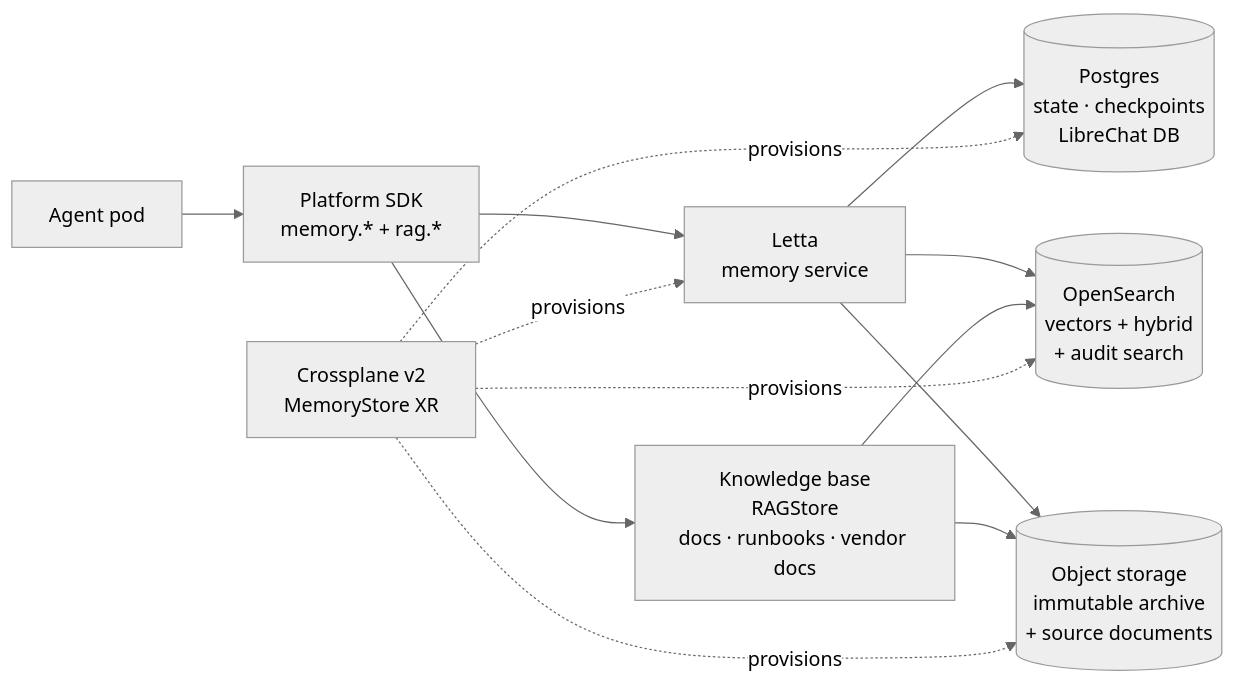
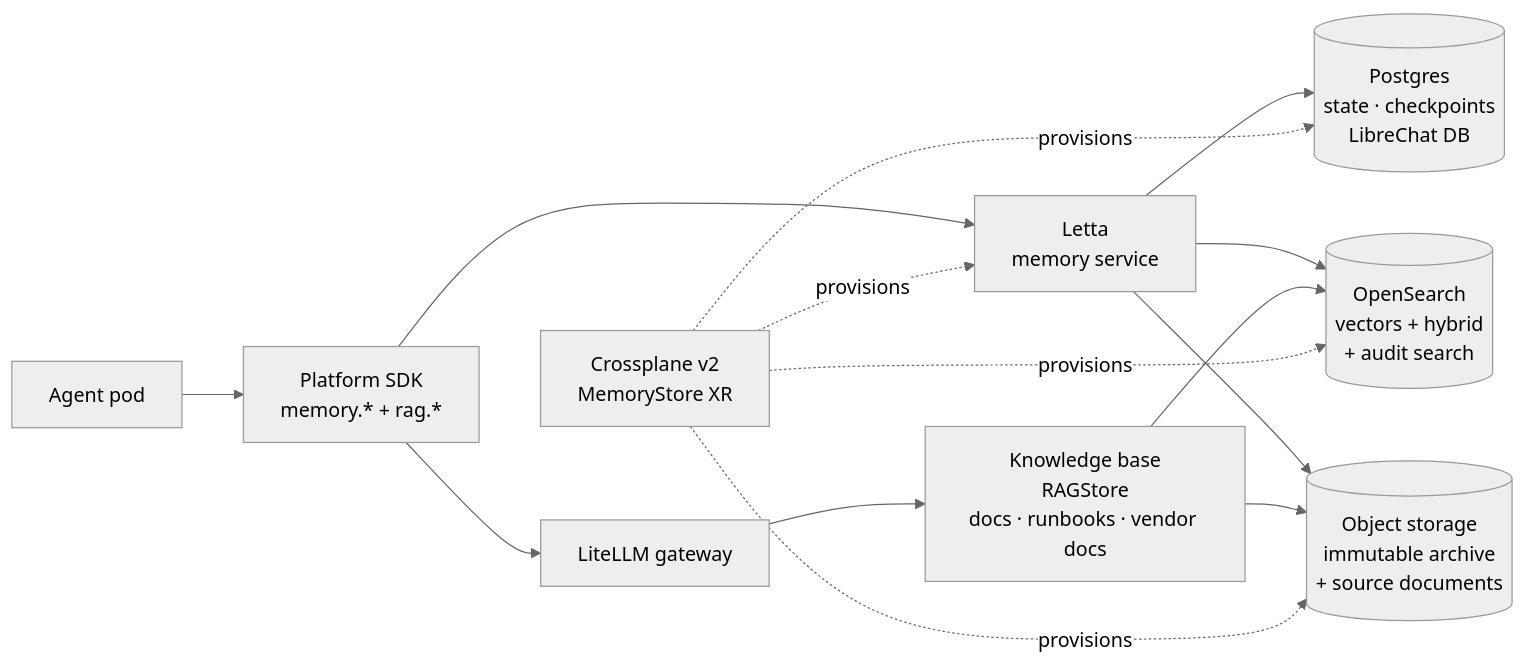
One commit to lago-morph/agent-os changed the fourth of 21 diagrams in architecture-overview.md. Above: the diagram before and after it, drawn with Mermaid (neutral theme). The commit also changed other lines of this file, not shown here.

````diff
--- a/architecture-overview.md
+++ b/architecture-overview.md
@@ -296,24 +296,26 @@
 ```mermaid
 flowchart LR
   AG[Agent pod]
   SDK[Platform SDK<br/>memory.* + rag.*]
+  GW[LiteLLM gateway]
   MEM[Letta<br/>memory service]
   OS[(OpenSearch<br/>vectors + hybrid<br/>+ audit search)]
   PG[(Postgres<br/>state · checkpoints<br/>LibreChat DB)]
   OBJ[(Object storage<br/>immutable archive<br/>+ source documents)]
   KB[Knowledge base<br/>RAGStore<br/>docs · runbooks · vendor docs]
   XP[Crossplane v2<br/>MemoryStore XR]
 
   AG --> SDK
   SDK --> MEM
-  SDK --> KB
+  SDK --> GW
+  GW --> KB
   MEM --> PG
   MEM --> OS
   MEM --> OBJ
   KB --> OS
   KB --> OBJ
   XP -.->|provisions| MEM
   XP -.->|provisions| OS
   XP -.->|provisions| PG
   XP -.->|provisions| OBJ
 ```
````
